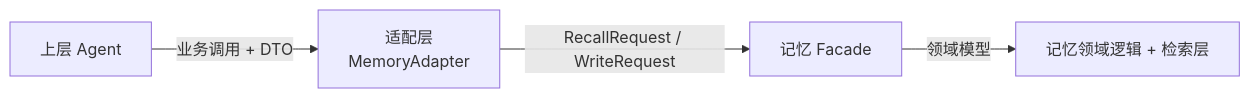
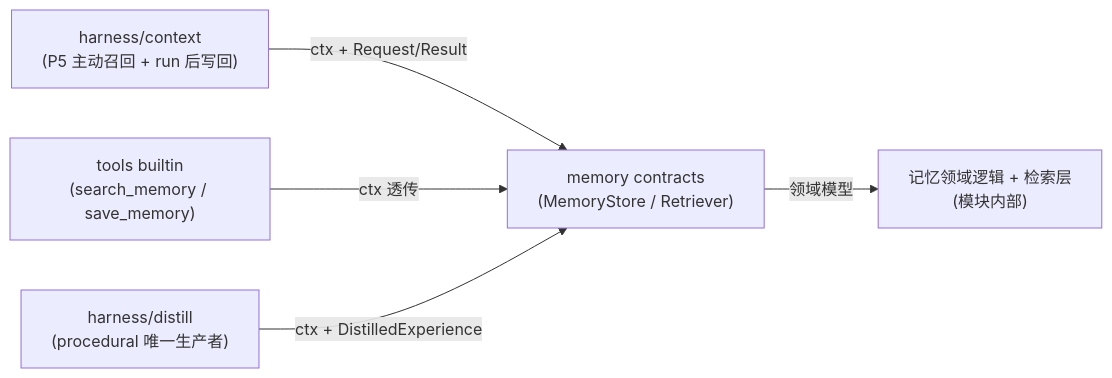
The diagram in docs/modules/memory/api.md (Kairos0922/kairos-agent-infra), drawn with Mermaid before and after one commit. The commit also changed other lines of this file and 54 other files, not shown here.

````diff
--- a/docs/modules/memory/api.md
+++ b/docs/modules/memory/api.md
@@ -7,6 +11,7 @@
 ```mermaid
 flowchart LR
-    App["上层 Agent"] -->|"业务调用 + DTO"| Ad["适配层<br/>MemoryAdapter"]
-    Ad -->|"RecallRequest / WriteRequest"| Fac["记忆 Facade"]
-    Fac -->|领域模型| Core["记忆领域逻辑 + 检索层"]
+    CE["harness/context<br/>(P5 主动召回 + run 后写回)"] -->|"ctx + Request/Result"| C["memory contracts<br/>(MemoryStore / Retriever)"]
+    TL["tools builtin<br/>(search_memory / save_memory)"] -->|"ctx 透传"| C
+    DI["harness/distill<br/>(procedural 唯一生产者)"] -->|"ctx + DistilledExperience"| C
+    C -->|领域模型| Core["记忆领域逻辑 + 检索层<br/>(模块内部)"]
 ```
````
